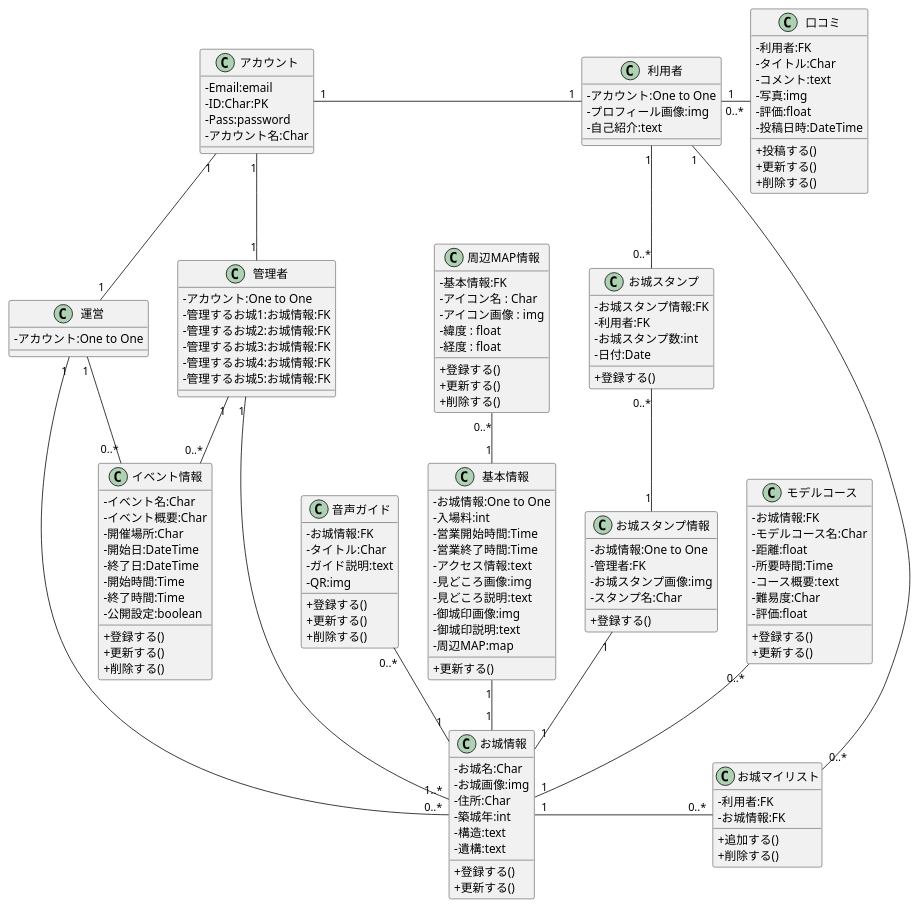
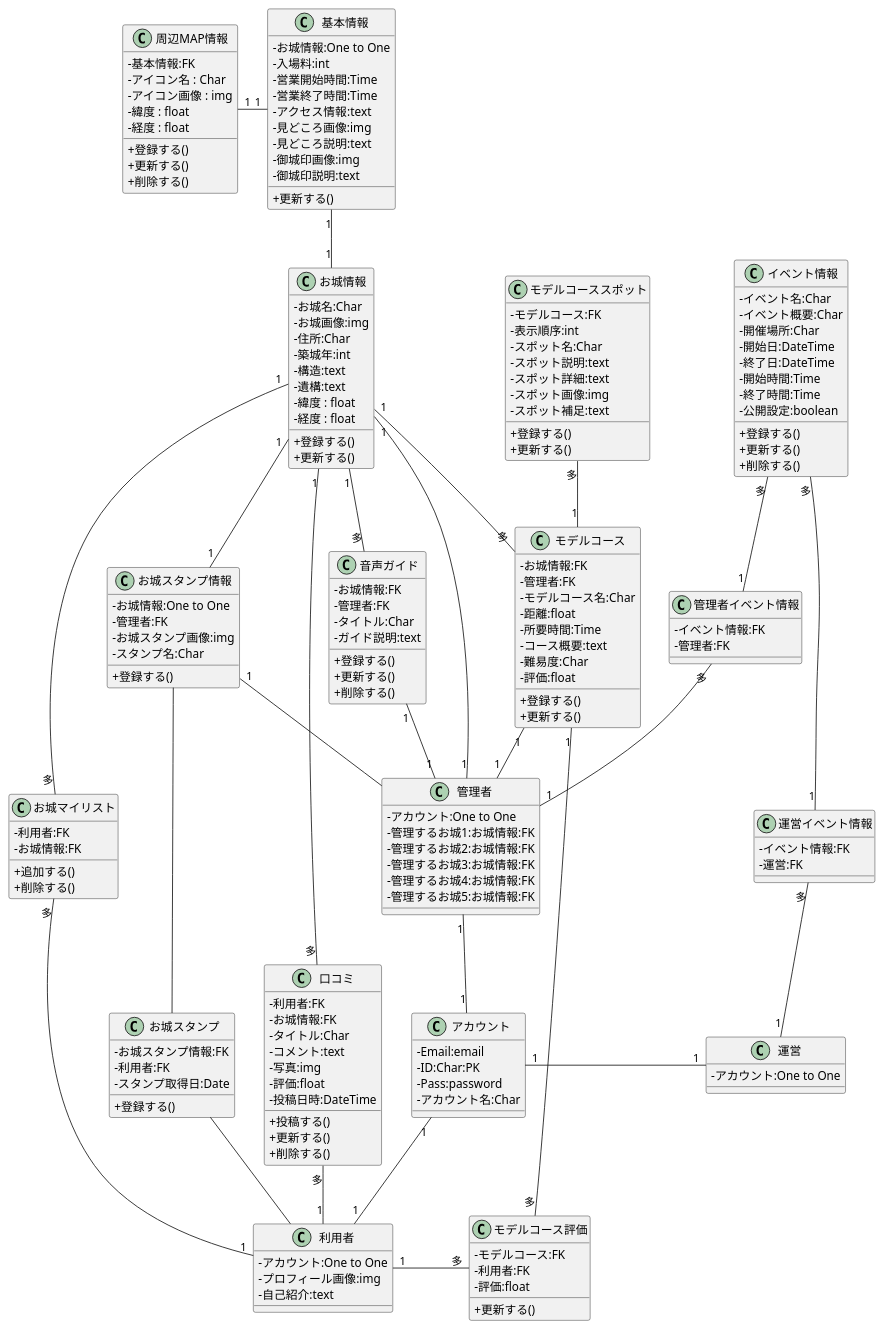
One commit to K-Rinrin/GroupE changed the diagram in お城/お城/設計書/お城_クラス図.pu. Above: the diagram before and after it, drawn with PlantUML. The commit also changed 5 other files, not shown here.

```diff
--- a/お城/お城/設計書/お城_クラス図.pu
+++ b/お城/お城/設計書/お城_クラス図.pu
@@ -5,15 +5,105 @@
 ' クラス図の定義
 ' ========================================
 
-class "お城情報"{
-    - お城名:Char
-    - お城画像:img
-    - 住所:Char
-    - 築城年:int
-    - 構造:text
-    - 遺構:text
+class "アカウント"{
+    - Email:email
+    - ID:Char:PK
+    - Pass:password
+    - アカウント名:Char
+}
+
+class "管理者"{
+    - アカウント:One to One
+    - 管理するお城1:お城情報:FK
+    - 管理するお城2:お城情報:FK
+    - 管理するお城3:お城情報:FK
+    - 管理するお城4:お城情報:FK
+    - 管理するお城5:お城情報:FK
+}
+
+class "周辺MAP情報"{
+    - 基本情報:FK
+    - アイコン名 : Char
+    - アイコン画像 : img
+    - 緯度 : float
+    - 経度 : float
     + 登録する()
     + 更新する()
+    + 削除する()
+}
+
+
+class "音声ガイド"{
+    - お城情報:FK
+    - 管理者:FK
+    - タイトル:Char
+    - ガイド説明:text
+    + 登録する()
+    + 更新する()
+    + 削除する()
+}
+
+class "基本情報"{
+    - お城情報:One to One
+    - 入場料:int
+    - 営業開始時間:Time
+    - 営業終了時間:Time
+    - アクセス情報:text
+    - 見どころ画像:img
+    - 見どころ説明:text
+    - 御城印画像:img
+    - 御城印説明:text
+    + 更新する()
+}
+
+class "モデルコース"{
+    - お城情報:FK
+    - 管理者:FK
+    - モデルコース名:Char
+    - 距離:float
+    - 所要時間:Time
+    - コース概要:text
+    - 難易度:Char
+    - 評価:float
+    + 登録する()
+    + 更新する()
+}
+
+class "モデルコーススポット"{
+    - モデルコース:FK
+    - 表示順序:int
+    - スポット名:Char
+    - スポット説明:text
+    - スポット詳細:text
+    - スポット画像:img
+    - スポット補足:text
+    + 登録する()
+    + 更新する()
+}
+
+class "モデルコース評価"{
+    - モデルコース:FK
+    - 利用者:FK
+    - 評価:float
+    + 更新する()
+}
+
+
+class "お城スタンプ情報"{
+    - お城情報:One to One
+    - 管理者:FK
+    - お城スタンプ画像:img
+    - スタンプ名:Char
+    + 登録する()
+}
+
+
+
+class "お城スタンプ"{
+    - お城スタンプ情報:FK
+    - 利用者:FK
+    - スタンプ取得日:Date
+    + 登録する()
 }
 
 class "イベント情報"{
@@ -30,53 +120,35 @@
     + 削除する()
 }
 
+class "運営イベント情報"{
+    - イベント情報:FK
+    - 運営:FK
+}
 
-
-
-class "音声ガイド"{
-    - お城情報:FK
-    - タイトル:Char
-    - ガイド説明:text
-    - QR:img
-    + 登録する()
-    + 更新する()
-    + 削除する()
+class "管理者イベント情報"{
+    - イベント情報:FK
+    - 管理者:FK
 }
 
 
-class "周辺MAP情報"{
-    - 基本情報:FK
-    - アイコン名 : Char
-    - アイコン画像 : img
+class "運営"{
+    - アカウント:One to One
+}
+
+
+class "お城情報"{
+    - お城名:Char
+    - お城画像:img
+    - 住所:Char
+    - 築城年:int
+    - 構造:text
+    - 遺構:text
     - 緯度 : float
     - 経度 : float
     + 登録する()
     + 更新する()
-    + 削除する()
 }
 
-class "基本情報"{
-    - お城情報:One to One
-    - 入場料:int
-    - 営業開始時間:Time
-    - 営業終了時間:Time
-    - アクセス情報:text
-    - 見どころ画像:img
-    - 見どころ説明:text
-    - 御城印画像:img
-    - 御城印説明:text
-    - 周辺MAP:map
-    + 更新する()
-}
-
-
-
-class "アカウント"{
-    - Email:email
-    - ID:Char:PK
-    - Pass:password
-    - アカウント名:Char
-}
 
 class "利用者"{
 
@@ -85,28 +157,9 @@
     - 自己紹介:text
 }
 
-class "お城マイリスト"{
+class "口コミ"{
     - 利用者:FK
     - お城情報:FK
-    + 追加する()
-    + 削除する()
-}
-
-class "管理者"{
-    - アカウント:One to One
-    - 管理するお城1:お城情報:FK
-    - 管理するお城2:お城情報:FK
-    - 管理するお城3:お城情報:FK
-    - 管理するお城4:お城情報:FK
-    - 管理するお城5:お城情報:FK
-}
-
-class "運営"{
-    - アカウント:One to One
-}
-
-class "口コミ"{
-    - 利用者:FK
     - タイトル:Char
     - コメント:text
     - 写真:img
@@ -118,33 +171,11 @@
 }
 
 
-class "お城スタンプ情報"{
-    - お城情報:One to One
-    - 管理者:FK
-    - お城スタンプ画像:img
-    - スタンプ名:Char
-    + 登録する()
-}
-
-class "モデルコース"{
+class "お城マイリスト"{
+    - 利用者:FK
     - お城情報:FK
-    - モデルコース名:Char
-    - 距離:float
-    - 所要時間:Time
-    - コース概要:text
-    - 難易度:Char
-    - 評価:float
-    + 登録する()
-    + 更新する()
-}
-
-
-class "お城スタンプ"{
-    - お城スタンプ情報:FK
-    - 利用者:FK
-    - お城スタンプ数:int
-    - 日付:Date
-    + 登録する()
+    + 追加する()
+    + 削除する()
 }
 
 
@@ -153,23 +184,30 @@
 ' クラス間の関連付け
 ' ========================================
 
-アカウント "1" - "1" 利用者
-アカウント "1" -- "1" 管理者
-アカウント "1" -- "1" 運営
-管理者 "1" -- "0..*" イベント情報
-運営 "1" -- "0..*" イベント情報
-利用者 "1" - "   0..*" 口コミ
-利用者 "1" -- "0..*" お城マイリスト
-利用者 "1" -- "0..*" お城スタンプ
-お城情報 "1" - "0..*" お城マイリスト
-お城スタンプ "0..*" -- "1" お城スタンプ情報
-お城スタンプ情報 "1" -- "1" お城情報
-運営 "1" -- "0..*" お城情報
-管理者 "1" -- "1..*" お城情報
-モデルコース "0..*" -- "1" お城情報
-音声ガイド "0..*" -- "1" お城情報
-周辺MAP情報 "0..*" -- "1" 基本情報
+アカウント "1" -- "1" 利用者
+管理者 "1" -- "1" アカウント
+アカウント "1" - "1" 運営
+口コミ "多" -- "1" 利用者   
+お城情報 "1" -- "多" 口コミ
+お城情報 "1" -- "1" 管理者
+お城情報 "1" -- "多" 音声ガイド
+音声ガイド "1" -- "1" 管理者
 基本情報 "1" -- "1" お城情報
-
+お城情報 "1" -- "多" モデルコース
+モデルコーススポット "多" -- "1" モデルコース
+モデルコース "1" -- "1" 管理者
+モデルコース "1" -- "多" モデルコース評価
+利用者 "1" - "多" モデルコース評価
+お城情報 "1" - "1" お城スタンプ情報
+お城スタンプ情報 "1" -- 管理者
+お城スタンプ情報  --  お城スタンプ
+お城スタンプ  --  利用者
+イベント情報 "多" -- "1" 運営イベント情報
+イベント情報 "多" -- "1" 管理者イベント情報
+運営イベント情報 "多" -- "1" 運営
+管理者イベント情報 "多" -- "1" 管理者
+周辺MAP情報 "1" - "1" 基本情報
+お城情報 "1" -- "多" お城マイリスト
+お城マイリスト "多" -- "1" 利用者
 
 @enduml
```
